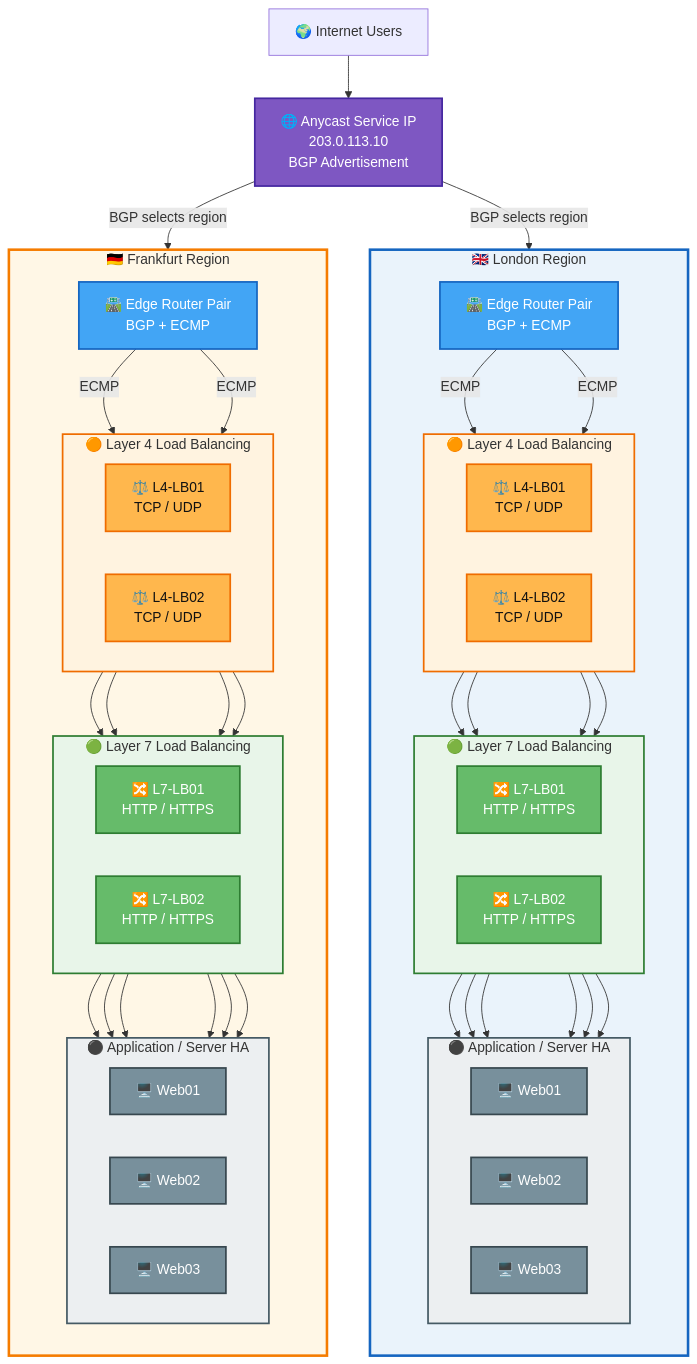
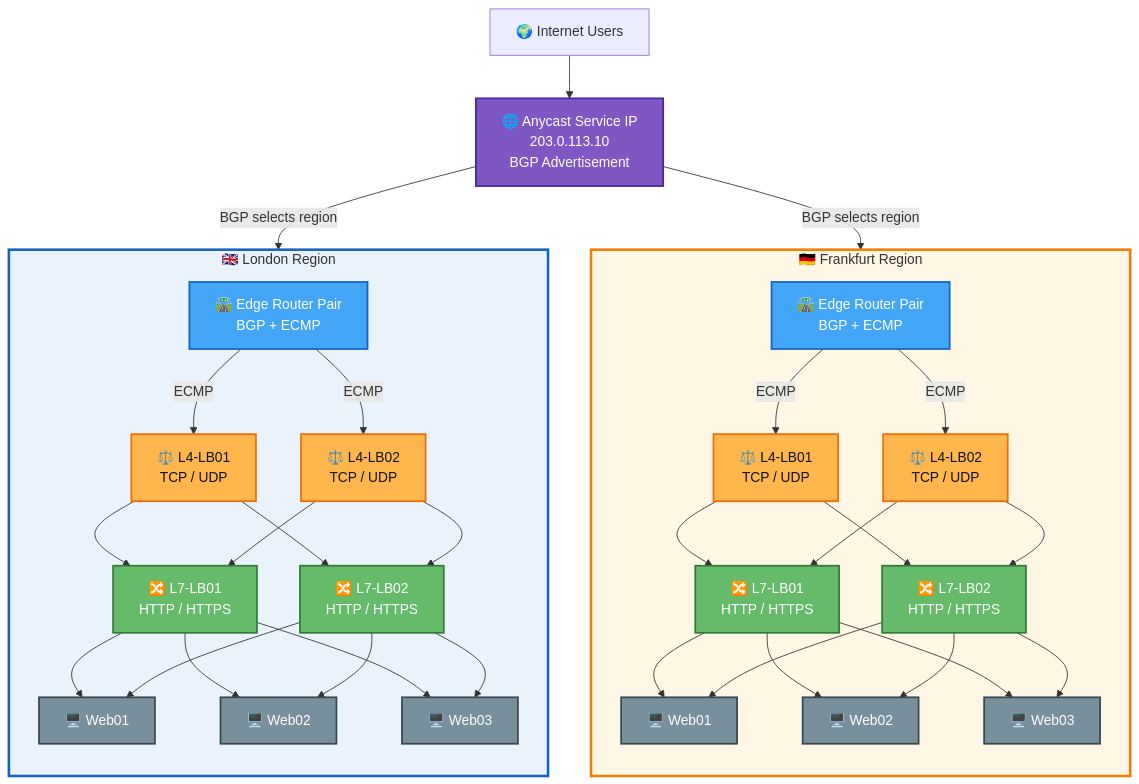
The diagram in architecture/large_production_infrastructure_ha/README.md (safesploitOrg/docs), drawn with Mermaid before and after one commit.

````diff
--- a/architecture/large_production_infrastructure_ha/README.md
+++ b/architecture/large_production_infrastructure_ha/README.md
@@ -39,9 +39,9 @@
     classDef app fill:#78909C,stroke:#37474F,stroke-width:2px,color:#FFFFFF
 
 
-    %% =========================
+    %% ============================================================
     %% CLIENT / GLOBAL LAYER
-    %% =========================
+    %% ============================================================
 
     USER["🌍 Internet Users"]
 
@@ -52,9 +52,79 @@
     class ANYCAST global
 
 
-    %% =========================
+    %% ============================================================
+    %% FRANKFURT REGION
+    %% ============================================================
+
+    subgraph FRA["🇩🇪 Frankfurt Region"]
+
+        direction TB
+
+        FRA_ROUTER["🛣️ Edge Router Pair<br/>BGP + ECMP"]
+
+
+        %% -------------------------
+        %% L4 LOAD BALANCING
+        %% -------------------------
+
+        FRA_L4_01["⚖️ L4-LB01<br/>TCP / UDP"]
+        FRA_L4_02["⚖️ L4-LB02<br/>TCP / UDP"]
+
+
+        %% -------------------------
+        %% L7 LOAD BALANCING
+        %% -------------------------
+
+        FRA_L7_01["🔀 L7-LB01<br/>HTTP / HTTPS"]
+        FRA_L7_02["🔀 L7-LB02<br/>HTTP / HTTPS"]
+
+
+        %% -------------------------
+        %% APPLICATION SERVERS
+        %% -------------------------
+
+        FRA_WEB01["🖥️ Web01"]
+        FRA_WEB02["🖥️ Web02"]
+        FRA_WEB03["🖥️ Web03"]
+
+
+        %% -------------------------
+        %% ROUTER -> L4
+        %% -------------------------
+
+        FRA_ROUTER -->|"ECMP"| FRA_L4_01
+        FRA_ROUTER -->|"ECMP"| FRA_L4_02
+
+
+        %% -------------------------
+        %% L4 -> L7
+        %% -------------------------
+
+        FRA_L4_01 --> FRA_L7_01
+        FRA_L4_01 --> FRA_L7_02
+
+        FRA_L4_02 --> FRA_L7_01
+        FRA_L4_02 --> FRA_L7_02
+
+
+        %% -------------------------
+        %% L7 -> APPLICATION
+        %% -------------------------
+
+        FRA_L7_01 --> FRA_WEB01
+        FRA_L7_01 --> FRA_WEB02
+        FRA_L7_01 --> FRA_WEB03
+
+        FRA_L7_02 --> FRA_WEB01
+        FRA_L7_02 --> FRA_WEB02
+        FRA_L7_02 --> FRA_WEB03
+
+    end
+
+
+    %% ============================================================
     %% LONDON REGION
-    %% =========================
+    %% ============================================================
 
     subgraph LONDON["🇬🇧 London Region"]
 
@@ -62,35 +132,54 @@
 
         LON_ROUTER["🛣️ Edge Router Pair<br/>BGP + ECMP"]
 
-        subgraph LON_L4["🟠 Layer 4 Load Balancing"]
-            direction LR
 
-            LON_L4_01["⚖️ L4-LB01<br/>TCP / UDP"]
-            LON_L4_02["⚖️ L4-LB02<br/>TCP / UDP"]
-        end
+        %% -------------------------
+        %% L4 LOAD BALANCING
+        %% -------------------------
 
-        subgraph LON_L7["🟢 Layer 7 Load Balancing"]
-            direction LR
+        LON_L4_01["⚖️ L4-LB01<br/>TCP / UDP"]
+        LON_L4_02["⚖️ L4-LB02<br/>TCP / UDP"]
 
-            LON_L7_01["🔀 L7-LB01<br/>HTTP / HTTPS"]
-            LON_L7_02["🔀 L7-LB02<br/>HTTP / HTTPS"]
-        end
 
-        subgraph LON_APP["⚫ Application / Server HA"]
-            direction LR
+        %% -------------------------
+        %% L7 LOAD BALANCING
+        %% -------------------------
 
-            LON_WEB01["🖥️ Web01"]
-            LON_WEB02["🖥️ Web02"]
-            LON_WEB03["🖥️ Web03"]
-        end
+        LON_L7_01["🔀 L7-LB01<br/>HTTP / HTTPS"]
+        LON_L7_02["🔀 L7-LB02<br/>HTTP / HTTPS"]
 
-        LON_ROUTER -->|ECMP| LON_L4_01
-        LON_ROUTER -->|ECMP| LON_L4_02
+
+        %% -------------------------
+        %% APPLICATION SERVERS
+        %% -------------------------
+
+        LON_WEB01["🖥️ Web01"]
+        LON_WEB02["🖥️ Web02"]
+        LON_WEB03["🖥️ Web03"]
+
+
+        %% -------------------------
+        %% ROUTER -> L4
+        %% -------------------------
+
+        LON_ROUTER -->|"ECMP"| LON_L4_01
+        LON_ROUTER -->|"ECMP"| LON_L4_02
+
+
+        %% -------------------------
+        %% L4 -> L7
+        %% -------------------------
 
         LON_L4_01 --> LON_L7_01
         LON_L4_01 --> LON_L7_02
+
         LON_L4_02 --> LON_L7_01
         LON_L4_02 --> LON_L7_02
+
+
+        %% -------------------------
+        %% L7 -> APPLICATION
+        %% -------------------------
 
         LON_L7_01 --> LON_WEB01
         LON_L7_01 --> LON_WEB02
@@ -99,94 +188,38 @@
         LON_L7_02 --> LON_WEB01
         LON_L7_02 --> LON_WEB02
         LON_L7_02 --> LON_WEB03
+
     end
 
 
-    %% =========================
-    %% FRANKFURT REGION
-    %% =========================
+    %% ============================================================
+    %% GLOBAL ANYCAST ROUTING
+    %% ============================================================
 
-    subgraph FRA["🇩🇪 Frankfurt Region"]
-
-        direction TB
-
-        FRA_ROUTER["🛣️ Edge Router Pair<br/>BGP + ECMP"]
-
-        subgraph FRA_L4["🟠 Layer 4 Load Balancing"]
-            direction LR
-
-            FRA_L4_01["⚖️ L4-LB01<br/>TCP / UDP"]
-            FRA_L4_02["⚖️ L4-LB02<br/>TCP / UDP"]
-        end
-
-        subgraph FRA_L7["🟢 Layer 7 Load Balancing"]
-            direction LR
-
-            FRA_L7_01["🔀 L7-LB01<br/>HTTP / HTTPS"]
-            FRA_L7_02["🔀 L7-LB02<br/>HTTP / HTTPS"]
-        end
-
-        subgraph FRA_APP["⚫ Application / Server HA"]
-            direction LR
-
-            FRA_WEB01["🖥️ Web01"]
-            FRA_WEB02["🖥️ Web02"]
-            FRA_WEB03["🖥️ Web03"]
-        end
-
-        FRA_ROUTER -->|ECMP| FRA_L4_01
-        FRA_ROUTER -->|ECMP| FRA_L4_02
-
-        FRA_L4_01 --> FRA_L7_01
-        FRA_L4_01 --> FRA_L7_02
-        FRA_L4_02 --> FRA_L7_01
-        FRA_L4_02 --> FRA_L7_02
-
-        FRA_L7_01 --> FRA_WEB01
-        FRA_L7_01 --> FRA_WEB02
-        FRA_L7_01 --> FRA_WEB03
-
-        FRA_L7_02 --> FRA_WEB01
-        FRA_L7_02 --> FRA_WEB02
-        FRA_L7_02 --> FRA_WEB03
-    end
-
-
-    %% =========================
-    %% GLOBAL ANYCAST ROUTING
-    %% =========================
+    ANYCAST -->|"BGP selects region"| FRA_ROUTER
 
     ANYCAST -->|"BGP selects region"| LON_ROUTER
-    ANYCAST -->|"BGP selects region"| FRA_ROUTER
 
 
     %% ============================================================
     %% APPLY NODE COLOURS
     %% ============================================================
 
-    class LON_ROUTER,FRA_ROUTER router
+    class FRA_ROUTER,LON_ROUTER router
 
-    class LON_L4_01,LON_L4_02,FRA_L4_01,FRA_L4_02 l4
+    class FRA_L4_01,FRA_L4_02,LON_L4_01,LON_L4_02 l4
 
-    class LON_L7_01,LON_L7_02,FRA_L7_01,FRA_L7_02 l7
+    class FRA_L7_01,FRA_L7_02,LON_L7_01,LON_L7_02 l7
 
-    class LON_WEB01,LON_WEB02,LON_WEB03,FRA_WEB01,FRA_WEB02,FRA_WEB03 app
+    class FRA_WEB01,FRA_WEB02,FRA_WEB03,LON_WEB01,LON_WEB02,LON_WEB03 app
 
 
     %% ============================================================
-    %% SUBGRAPH / REGION STYLING
+    %% REGION STYLING
     %% ============================================================
 
-    style LONDON fill:#EAF3FB,stroke:#1565C0,stroke-width:3px
     style FRA fill:#FFF7E6,stroke:#F57C00,stroke-width:3px
 
-    style LON_L4 fill:#FFF3E0,stroke:#EF6C00,stroke-width:2px
-    style FRA_L4 fill:#FFF3E0,stroke:#EF6C00,stroke-width:2px
-
-    style LON_L7 fill:#E8F5E9,stroke:#2E7D32,stroke-width:2px
-    style FRA_L7 fill:#E8F5E9,stroke:#2E7D32,stroke-width:2px
-
-    style LON_APP fill:#ECEFF1,stroke:#455A64,stroke-width:2px
-    style FRA_APP fill:#ECEFF1,stroke:#455A64,stroke-width:2px
-
+    style LONDON fill:#EAF3FB,stroke:#1565C0,stroke-width:3px
+    
 ```
````
